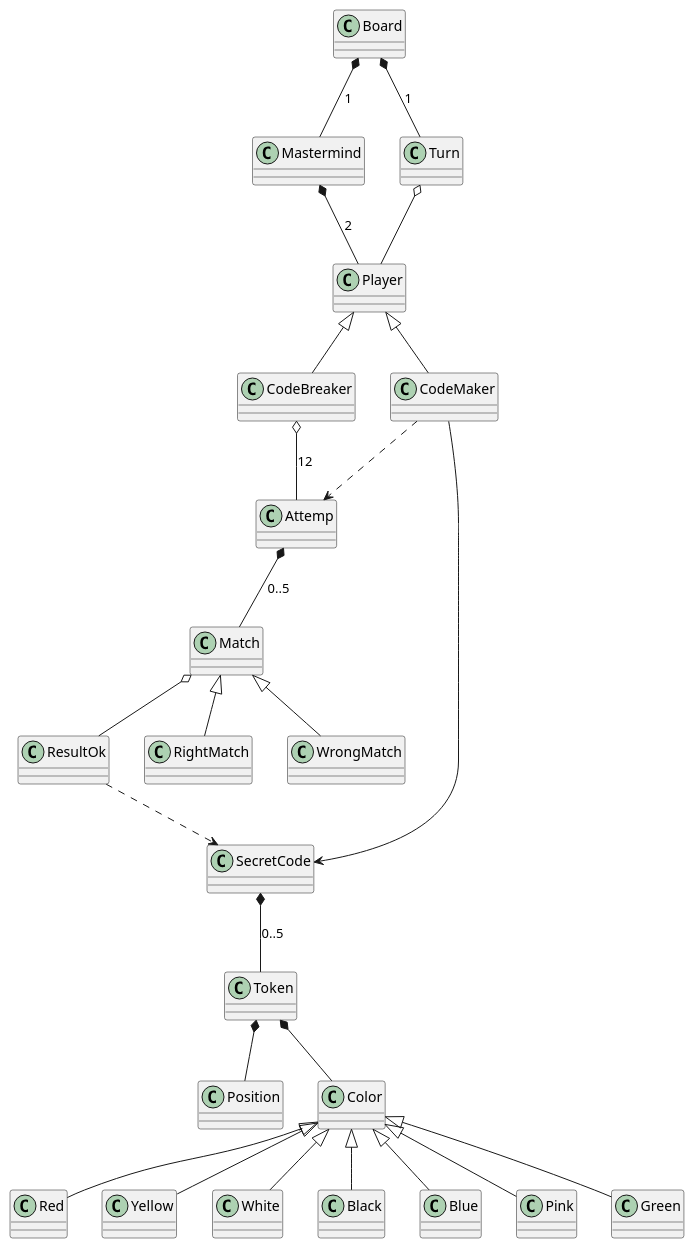
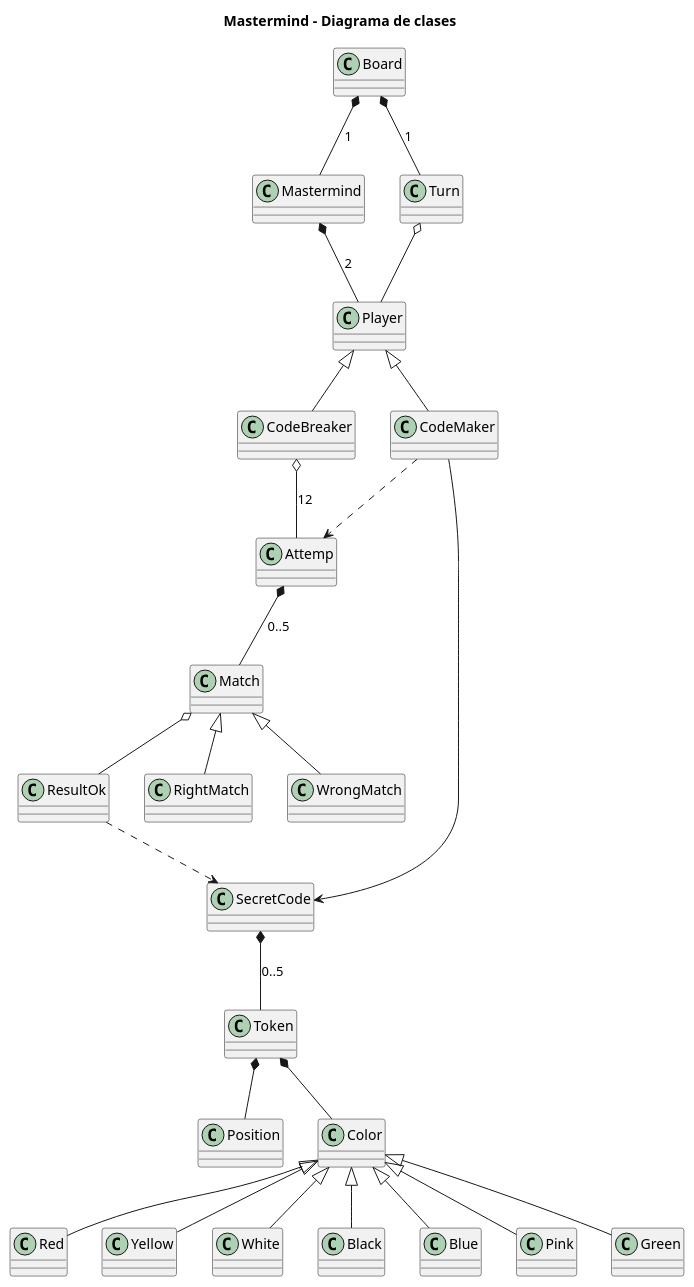
Before and after one commit to Master-Desarrollo-20-21/ejercicio-2-modelo-de-dominio-mastermind-vi21ru: the diagram in mastermind_DiagramaClases.wsd, drawn with PlantUML. The commit also changed 3 other files, not shown here.

Commit message:
fixes and added states diagram

```diff
--- a/mastermind_DiagramaClases.wsd
+++ b/mastermind_DiagramaClases.wsd
@@ -1,50 +1,53 @@
-@startuml "MASTERMIND"
+@startuml
+title Mastermind - Diagrama de clases
+
+
 class Mastermind
 class Board
 class Player
 class CodeBreaker
 class CodeMaker
 class Turn
 class Token
 class ResultOk
 class Position
 class SecretCode
 class Color
 class Red
 class Yellow
 class White
 class Black
 class Blue
 class Pink
 class Green
 class Attemp
 class Match
 class RightMatch
 class WrongMatch
 
 
 Board *-- Mastermind : 1
 Board *-- Turn : 1
 Mastermind *-- Player : 2
 Turn o-- Player
 Player <|-- CodeBreaker
 Player <|-- CodeMaker
 CodeMaker --> SecretCode
 ResultOk ..> SecretCode
 Token *-- Color
 Token *-- Position
 SecretCode *-- Token : 0..5
 Color <|-- Red
 Color <|-- Yellow
 Color <|-- White
 Color <|-- Black
 Color <|-- Blue
 Color <|-- Pink
 Color <|-- Green
 CodeBreaker o-- Attemp : 12
 Attemp *-- Match : 0..5
 Match <|-- RightMatch
 Match <|-- WrongMatch
 Match o-- ResultOk
 CodeMaker ..> Attemp
 @enduml
```
